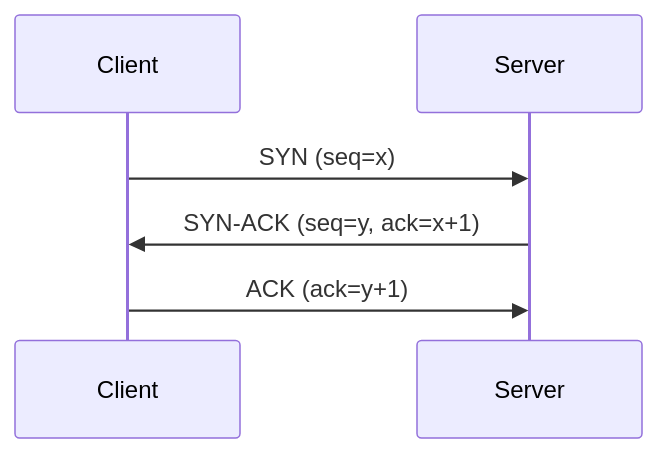
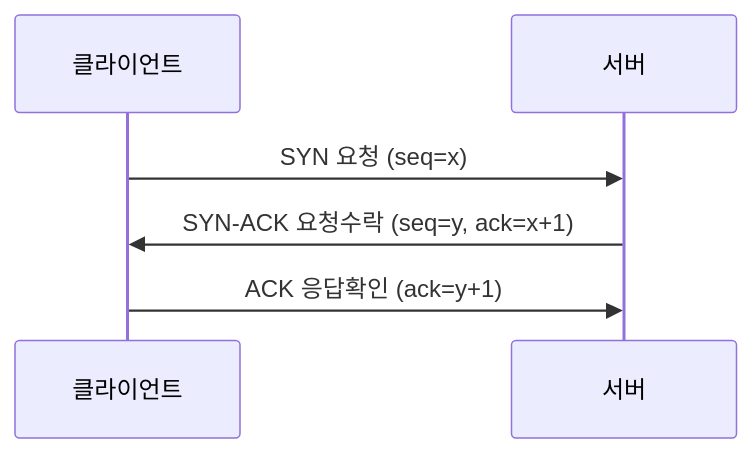
One commit to star1431/backend changed the first of 2 diagrams in src/week_08/_1001/1001내용.md. Above: the diagram before and after it, drawn with Mermaid. The commit also changed other lines of this file and 5 other files, not shown here.

````diff
--- a/src/week_08/_1001/1001내용.md
+++ b/src/week_08/_1001/1001내용.md
@@ -99,9 +101,9 @@
 ```mermaid
 sequenceDiagram
-    participant Client
-    participant Server
+    participant 클라이언트                    
+    participant 서버
 
-    Client->>Server: SYN (seq=x)
-    Server->>Client: SYN-ACK (seq=y, ack=x+1)
-    Client->>Server: ACK (ack=y+1)
+    클라이언트->>서버: SYN 요청 (seq=x)
+    서버->>클라이언트: SYN-ACK 요청수락 (seq=y, ack=x+1)
+    클라이언트->>서버: ACK 응답확인 (ack=y+1)
 ```
````
